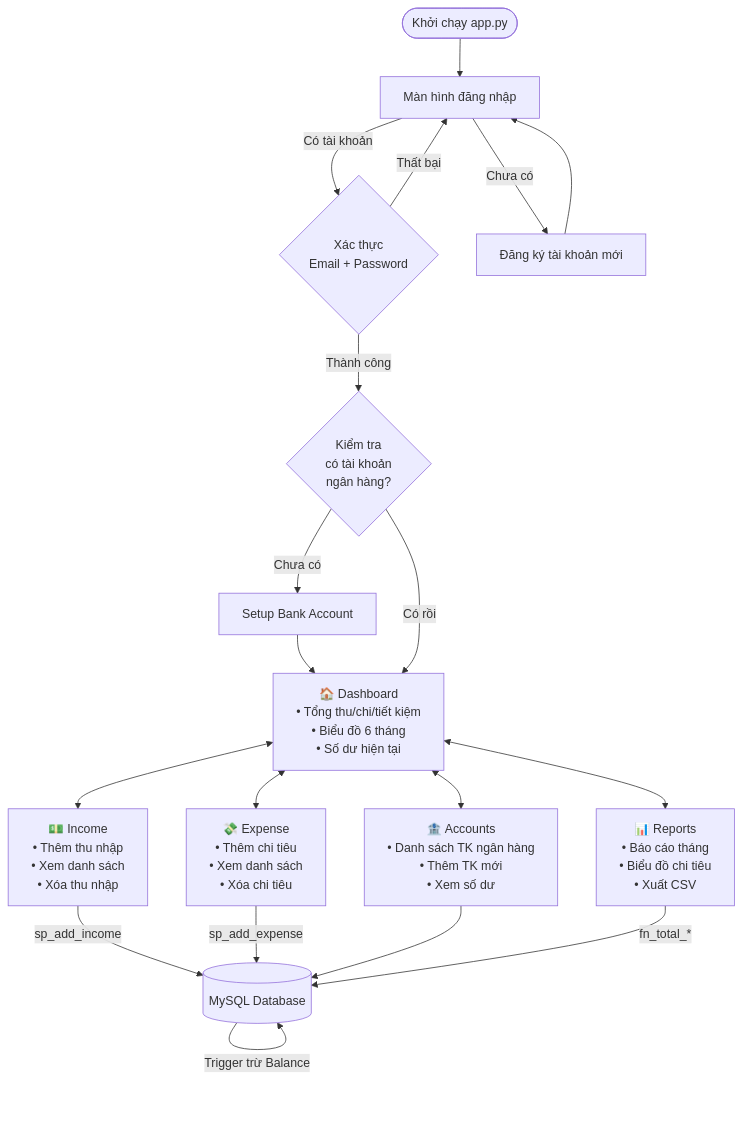
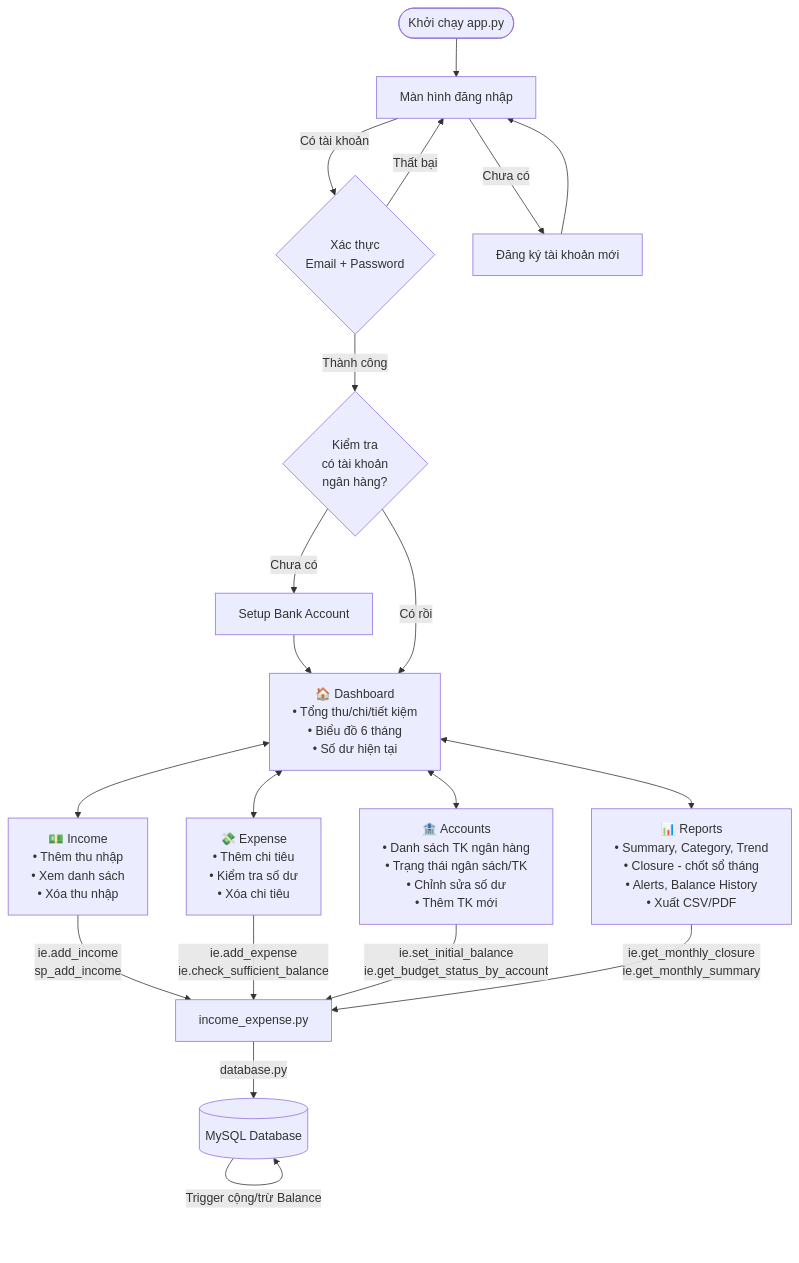
The third of 4 diagrams in architecture_diagram.md (miintd/PERSONAL-FINANCE-MANAGEMENT-SYSTEM), drawn with Mermaid before and after one commit. The commit also changed other lines of this file and 4 other files, not shown here.

````diff
--- a/architecture_diagram.md
+++ b/architecture_diagram.md
@@ -152,30 +156,31 @@
 ```mermaid
 flowchart TD
     START(["Khởi chạy app.py"]) --> LOGIN_SCREEN["Màn hình đăng nhập"]
     
     LOGIN_SCREEN -->|"Có tài khoản"| AUTH{"Xác thực<br/>Email + Password"}
     LOGIN_SCREEN -->|"Chưa có"| REGISTER["Đăng ký tài khoản mới"]
     REGISTER --> LOGIN_SCREEN
     
     AUTH -->|"Thất bại"| LOGIN_SCREEN
     AUTH -->|"Thành công"| CHECK_BANK{"Kiểm tra<br/>có tài khoản<br/>ngân hàng?"}
     
     CHECK_BANK -->|"Chưa có"| SETUP_BANK["Setup Bank Account"]
     SETUP_BANK --> DASHBOARD
     CHECK_BANK -->|"Có rồi"| DASHBOARD
     
     DASHBOARD["🏠 Dashboard<br/>• Tổng thu/chi/tiết kiệm<br/>• Biểu đồ 6 tháng<br/>• Số dư hiện tại"]
     
     DASHBOARD <--> INCOME["💵 Income<br/>• Thêm thu nhập<br/>• Xem danh sách<br/>• Xóa thu nhập"]
-    DASHBOARD <--> EXPENSE["💸 Expense<br/>• Thêm chi tiêu<br/>• Xem danh sách<br/>• Xóa chi tiêu"]
-    DASHBOARD <--> ACCOUNTS["🏦 Accounts<br/>• Danh sách TK ngân hàng<br/>• Thêm TK mới<br/>• Xem số dư"]
-    DASHBOARD <--> REPORTS["📊 Reports<br/>• Báo cáo tháng<br/>• Biểu đồ chi tiêu<br/>• Xuất CSV"]
+    DASHBOARD <--> EXPENSE["💸 Expense<br/>• Thêm chi tiêu<br/>• Kiểm tra số dư<br/>• Xóa chi tiêu"]
+    DASHBOARD <--> ACCOUNTS["🏦 Accounts<br/>• Danh sách TK ngân hàng<br/>• Trạng thái ngân sách/TK<br/>• Chỉnh sửa số dư<br/>• Thêm TK mới"]
+    DASHBOARD <--> REPORTS["📊 Reports<br/>• Summary, Category, Trend<br/>• Closure - chốt sổ tháng<br/>• Alerts, Balance History<br/>• Xuất CSV/PDF"]
     
-    INCOME -->|"sp_add_income"| DB_LAYER[("MySQL Database")]
-    EXPENSE -->|"sp_add_expense"| DB_LAYER
-    ACCOUNTS --> DB_LAYER
-    REPORTS -->|"fn_total_*"| DB_LAYER
+    INCOME -->|"ie.add_income<br/>sp_add_income"| IE_LAYER["income_expense.py"]
+    EXPENSE -->|"ie.add_expense<br/>ie.check_sufficient_balance"| IE_LAYER
+    ACCOUNTS -->|"ie.set_initial_balance<br/>ie.get_budget_status_by_account"| IE_LAYER
+    REPORTS -->|"ie.get_monthly_closure<br/>ie.get_monthly_summary"| IE_LAYER
     
-    DB_LAYER -->|"Trigger cộng Balance"| DB_LAYER
-    DB_LAYER -->|"Trigger trừ Balance"| DB_LAYER
+    IE_LAYER -->|"database.py"| DB_LAYER[("MySQL Database")]
+    
+    DB_LAYER -->|"Trigger cộng/trừ Balance"| DB_LAYER
 ```
````
